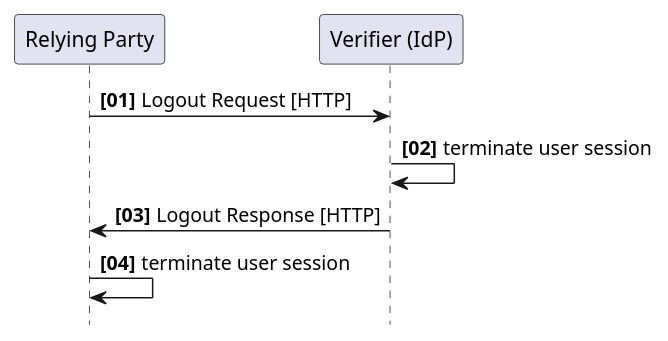
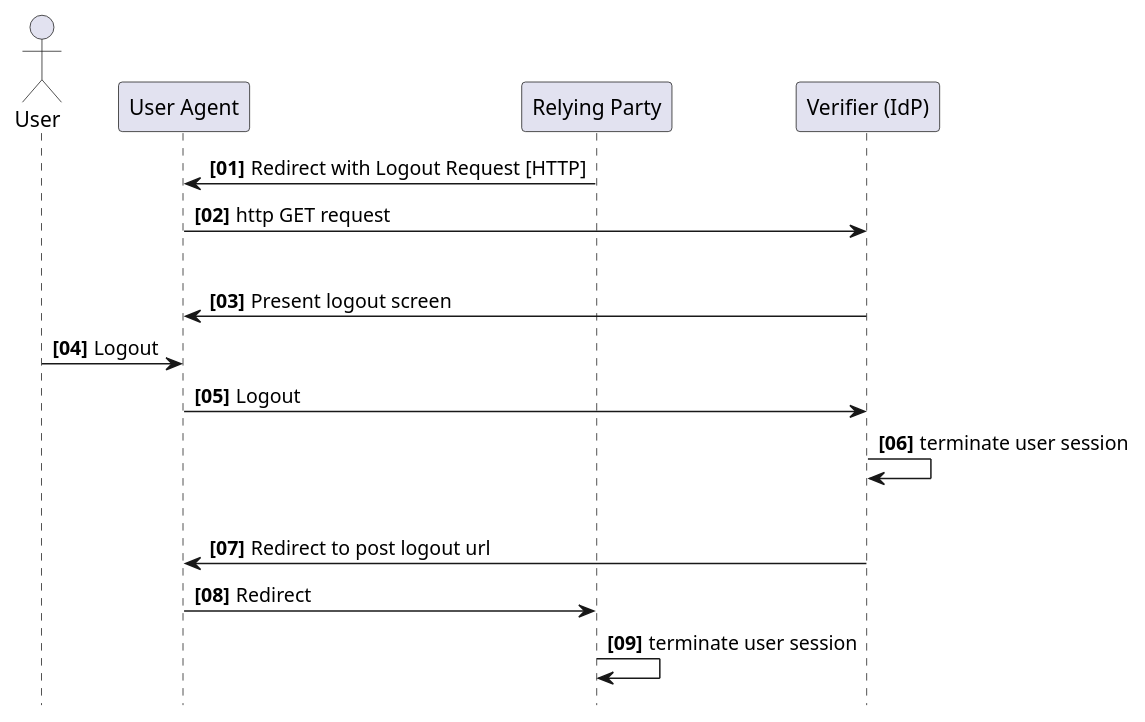
Before and after one commit to ehealthsuisse/ch-epr-fhir: the diagram in input/images-source/OpenID-Logout.plantuml, drawn with PlantUML.

Commit message:
Update OpenID Logout sequence diagram

```diff
--- a/input/images-source/OpenID-Logout.plantuml
+++ b/input/images-source/OpenID-Logout.plantuml
@@ -1,29 +1,31 @@
 @startuml
 skinparam responseMessageBelowArrow true
 hide footbox
 
+actor User 
+participant "User Agent" as UI
 participant "Relying Party" as RP
-' participant "Other Session Participant" as RP2
 participant "Verifier (IdP)" as IdP
 
 autonumber 1 1 "<b>[00]"
 
-RP -> IdP: Logout Request [HTTP]
+RP -> UI: Redirect with Logout Request [HTTP]
+UI -> IdP: http GET request 
 
-' group Iterate session participants
-' IdP -> RP2: Logout Request [HTTP]
-' RP2 -> RP2: terminate user session
-' RP2 -> IdP: Logout Response [HTTP]
-' IdP -> RP: Logout Request [HTTP]
-' RP -> RP: terminate user session
-' RP -> IdP: Logout Response [HTTP]
-' end
+|||
 
+IdP -> UI: Present logout screen
+User -> UI: Logout
+UI -> IdP: Logout
 IdP -> IdP: terminate user session
-IdP -> RP: Logout Response [HTTP]
+
+|||
+
+IdP -> UI: Redirect to post logout url
+UI -> RP: Redirect
 
 RP -> RP: terminate user session
 
 autonumber stop
 
 @enduml
```
